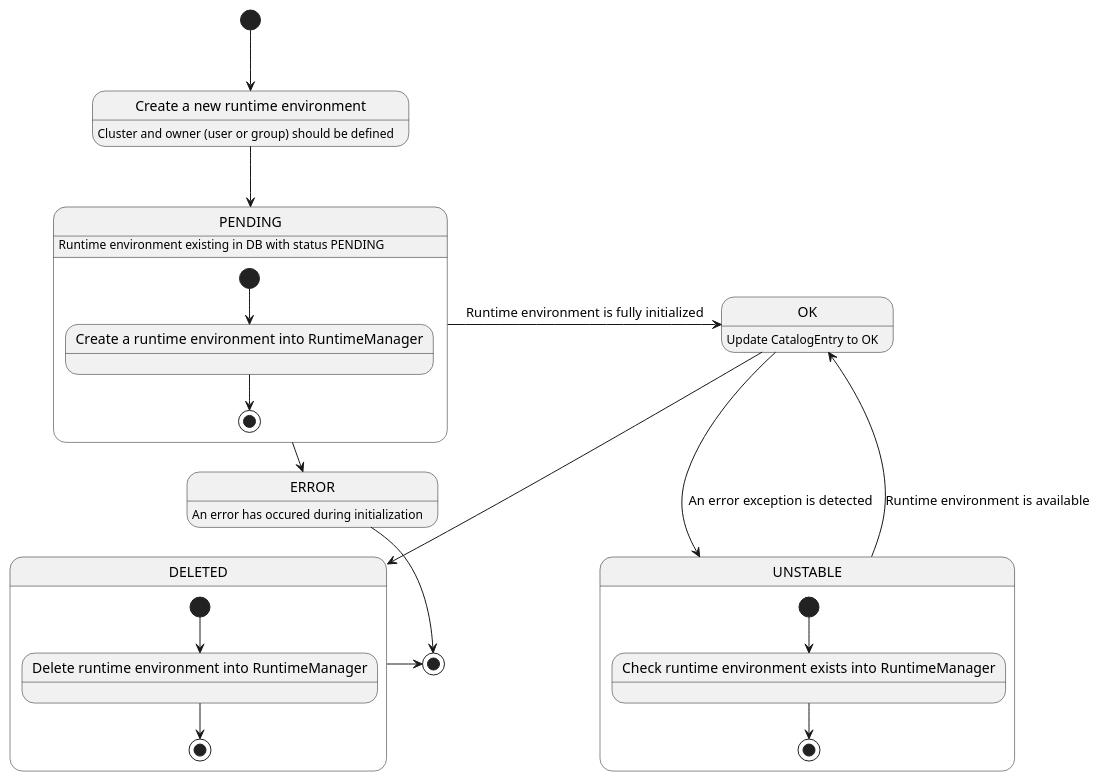
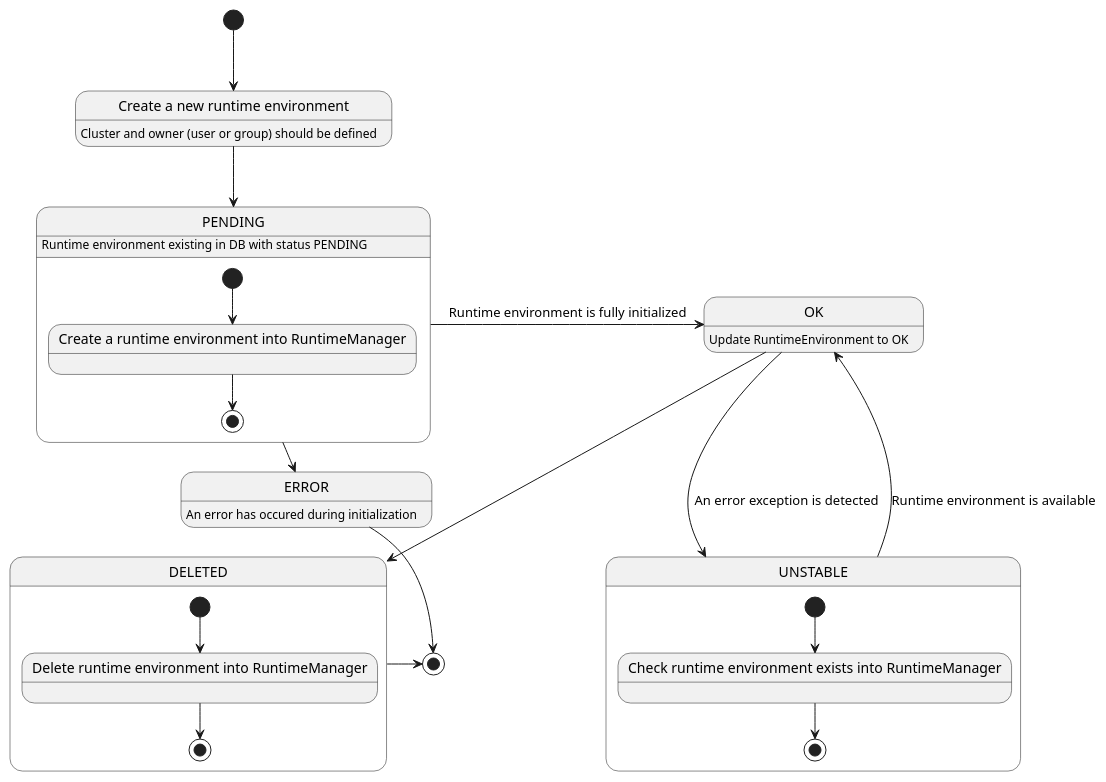
The diagram in Use cases/RuntimeEnvironment/lifecycle-state-machine.puml (kathra-project/specifications), drawn with PlantUML before and after one commit. The commit also changed 16 other files, not shown here.

```diff
--- a/Use cases/RuntimeEnvironment/lifecycle-state-machine.puml
+++ b/Use cases/RuntimeEnvironment/lifecycle-state-machine.puml
@@ -1,31 +1,31 @@
 @startuml
 state "Create a new runtime environment" as createRuntimeEnv : Cluster and owner (user or group) should be defined
 [*] --> createRuntimeEnv
 createRuntimeEnv --> PENDING
 PENDING : Runtime environment existing in DB with status PENDING
 ERROR : An error has occured during initialization
 state PENDING {
     state "Create a runtime environment into RuntimeManager" as createRE
     [*] --> createRE
     createRE --> [*]
 }
 ERROR -> [*]
 PENDING -> OK : Runtime environment is fully initialized
 PENDING -> ERROR
-OK : Update CatalogEntry to OK
+OK : Update RuntimeEnvironment to OK
 OK --> UNSTABLE : An error exception is detected
 state UNSTABLE {
     state "Check runtime environment exists into RuntimeManager" as checkRE
     [*] --> checkRE
     checkRE --> [*]
 }
 UNSTABLE -> OK : Runtime environment is available
 OK --> DELETED
 state DELETED {
     state "Delete runtime environment into RuntimeManager" as deleteRE
     [*] --> deleteRE
     deleteRE --> [*]
 }
 DELETED -> [*]
 
 @enduml
```
